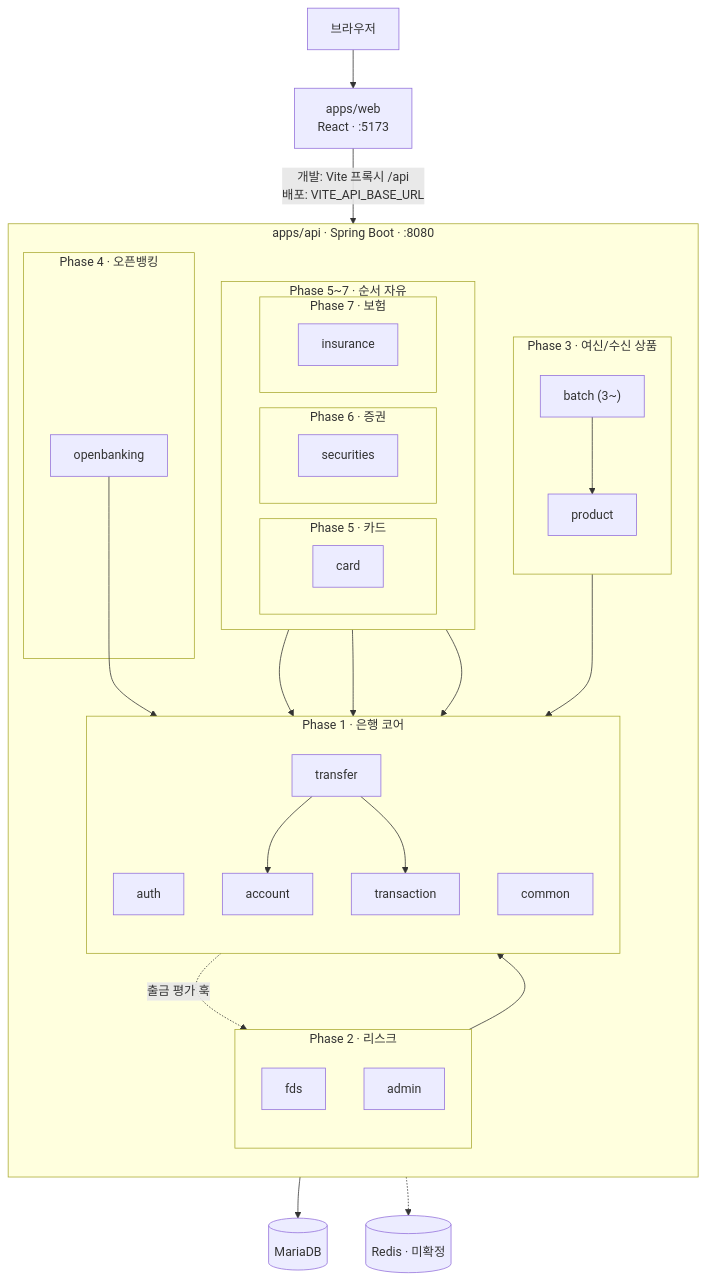
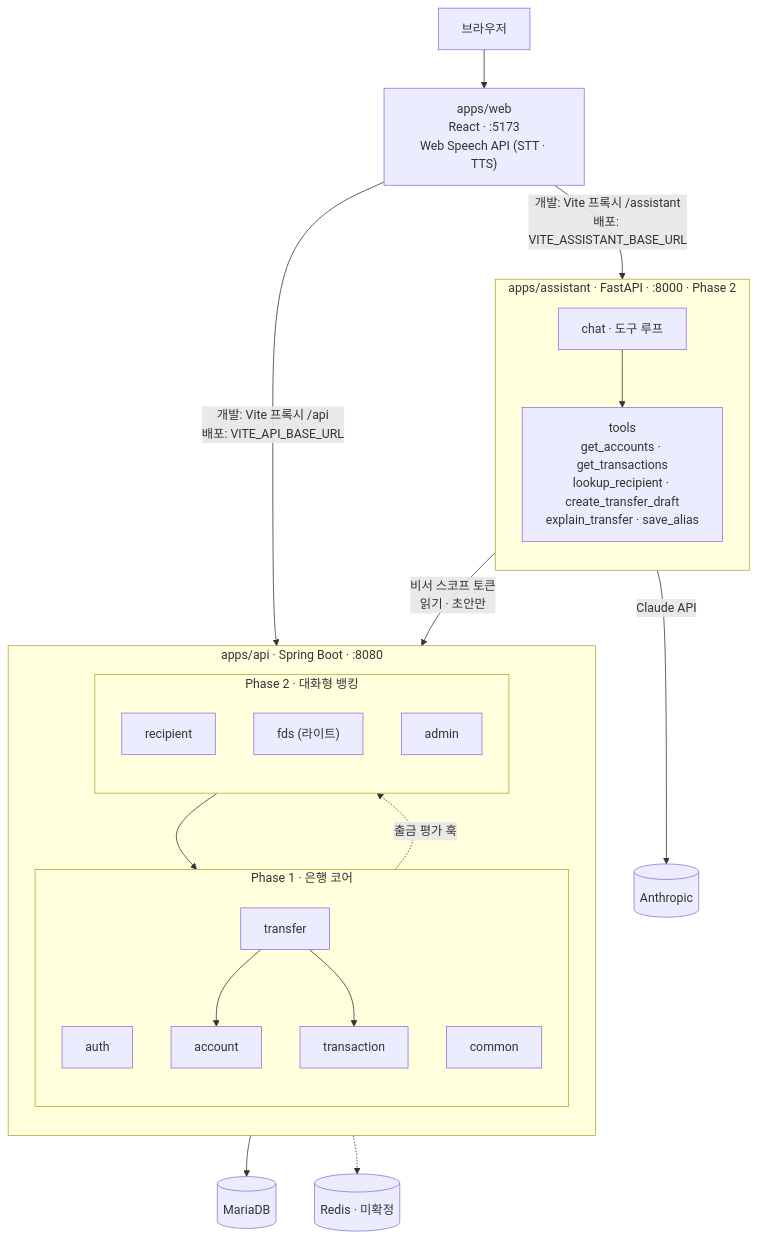
Before and after one commit to ShinhanDSProject/talking-bank: the diagram in docs/03-tech-stack.md, drawn with Mermaid. The commit also changed other lines of this file and 7 other files, not shown here.

````diff
--- a/docs/03-tech-stack.md
+++ b/docs/03-tech-stack.md
@@ -40,52 +41,35 @@
 ```mermaid
 flowchart TB
-    browser[브라우저] --> web["apps/web<br/>React · :5173"]
+    browser[브라우저] --> web["apps/web<br/>React · :5173<br/>Web Speech API (STT · TTS)"]
     web -->|"개발: Vite 프록시 /api<br/>배포: VITE_API_BASE_URL"| api
+    web -->|"개발: Vite 프록시 /assistant<br/>배포: VITE_ASSISTANT_BASE_URL"| assistant
+
+    subgraph assistant["apps/assistant · FastAPI · :8000 · Phase 2"]
+        direction TB
+        chat[chat · 도구 루프] --> tools["tools<br/>get_accounts · get_transactions<br/>lookup_recipient · create_transfer_draft<br/>explain_transfer · save_alias"]
+    end
+    tools -->|"비서 스코프 토큰<br/>읽기 · 초안만"| api
+    chat -->|"Claude API"| claude[(Anthropic)]
 
     subgraph api["apps/api · Spring Boot · :8080"]
         direction TB
         subgraph core["Phase 1 · 은행 코어"]
             direction TB
             auth[auth]
             common[common]
             transfer[transfer] --> account[account]
             transfer --> transaction[transaction]
         end
-        subgraph p2["Phase 2 · 리스크"]
+        subgraph p2["Phase 2 · 대화형 뱅킹"]
             direction TB
-            fds[fds]
+            recipient[recipient]
+            fds["fds (라이트)"]
             admin[admin]
         end
-        subgraph p3["Phase 3 · 여신/수신 상품"]
-            direction TB
-            product[product]
-            batch["batch (3~)"]
-        end
-        subgraph p4["Phase 4 · 오픈뱅킹"]
-            openbanking[openbanking]
-        end
-        subgraph later["Phase 5~7 · 순서 자유"]
-            direction LR
-            subgraph p5["Phase 5 · 카드"]
-                card[card]
-            end
-            subgraph p6["Phase 6 · 증권"]
-                securities[securities]
-            end
-            subgraph p7["Phase 7 · 보험"]
-                insurance[insurance]
-            end
-        end
         transfer -. 출금 평가 훅 .-> fds
-        product --> transfer
-        card --> transfer
-        securities --> transfer
-        insurance --> transfer
-        openbanking --> account
-        admin --> transaction
-        batch --> product
+        admin --> transfer
     end
 
     api --> db[(MariaDB)]
     api -.-> redis[(Redis · 미확정)]
 ```
````
